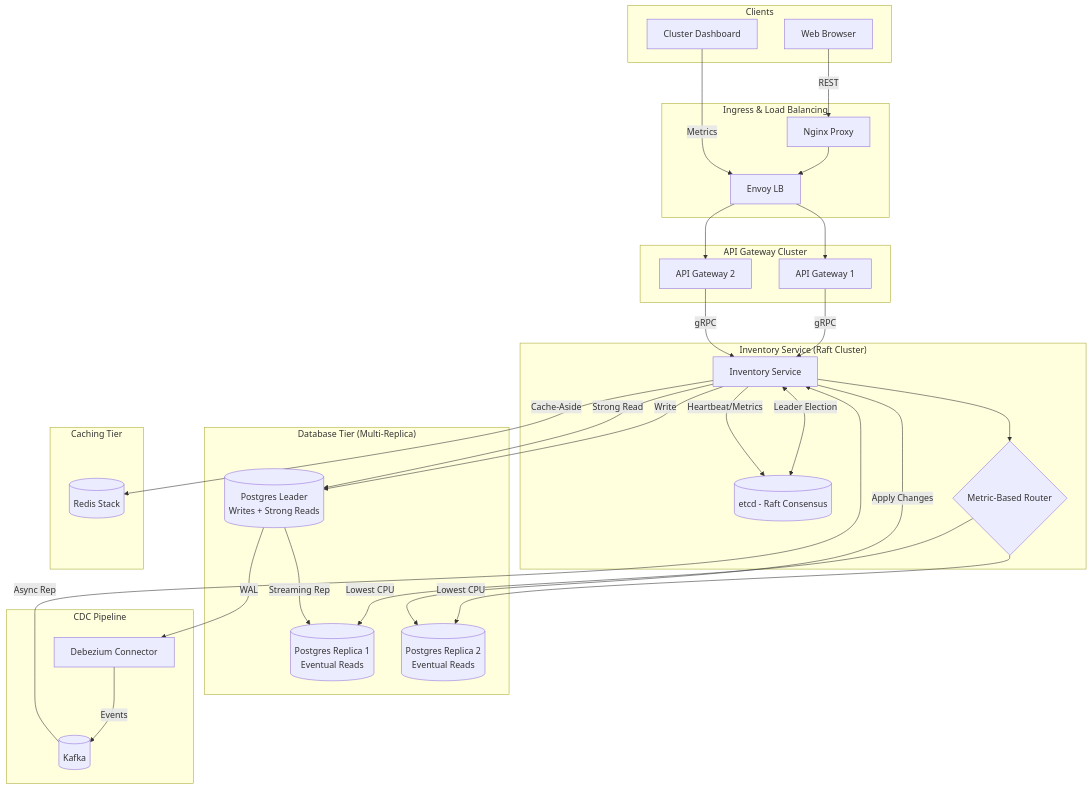
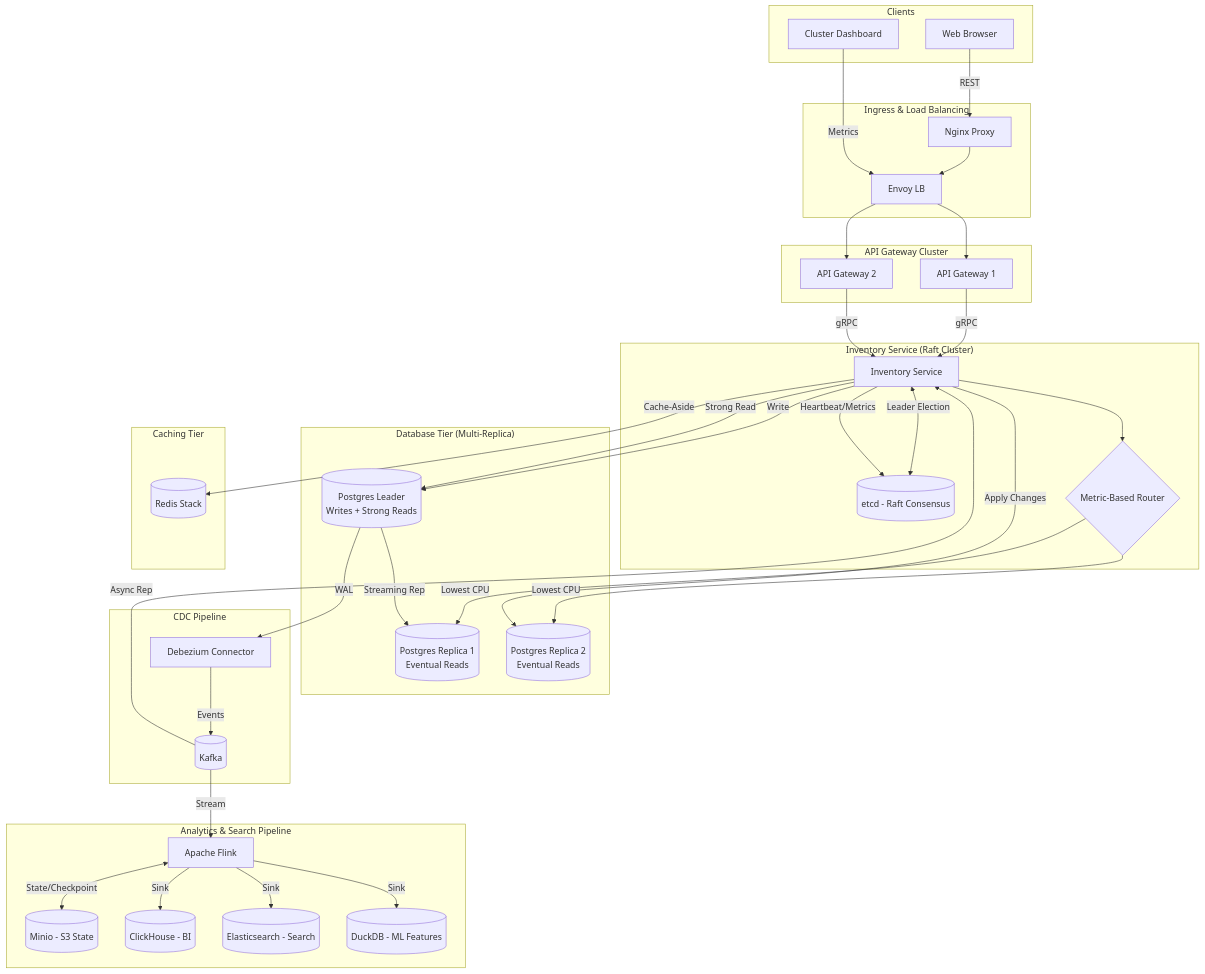
Before and after one commit to sairam0424/gRPC-micro-services: the diagram in order-processing-system/README.md, drawn with Mermaid. The commit also changed other lines of this file and 7 other files, not shown here.

Commit message:
feat: Implement Flink analytics pipeline to process order events and store data in ClickHouse, Elasticsearch, and S3.

````diff
--- a/order-processing-system/README.md
+++ b/order-processing-system/README.md
@@ -35,67 +39,82 @@
 ```mermaid
 flowchart TD
     subgraph "Clients"
         Client[Web Browser]
         Dashboard[Cluster Dashboard]
     end
 
     subgraph "Ingress & Load Balancing"
         Proxy[Nginx Proxy]
         Envoy[Envoy LB]
     end
 
     subgraph "API Gateway Cluster"
         GW1[API Gateway 1]
         GW2[API Gateway 2]
     end
 
     subgraph "Inventory Service (Raft Cluster)"
         Inventory[Inventory Service]
         ETCD[(etcd - Raft Consensus)]
         MetricsRouter{Metric-Based Router}
     end
 
     subgraph "Database Tier (Multi-Replica)"
         LeaderDB[(Postgres Leader\nWrites + Strong Reads)]
         Replica1[(Postgres Replica 1\nEventual Reads)]
         Replica2[(Postgres Replica 2\nEventual Reads)]
     end
 
     subgraph "CDC Pipeline"
         Debezium[Debezium Connector]
         Kafka[(Kafka)]
     end
 
+    subgraph "Analytics & Search Pipeline"
+        Flink[Apache Flink]
+        Minio[(Minio - S3 State)]
+        ClickHouse[(ClickHouse - BI)]
+        ES[(Elasticsearch - Search)]
+        DuckDB[(DuckDB - ML Features)]
+    end
+
     subgraph "Caching Tier"
         Redis[(Redis Stack)]
     end
 
     %% Flow
     Client -->|REST| Proxy
     Proxy --> Envoy
     Envoy --> GW1
     Envoy --> GW2
     GW1 -->|gRPC| Inventory
     GW2 -->|gRPC| Inventory
     Dashboard -->|Metrics| Envoy
     
     Inventory -->|Write| LeaderDB
     Inventory -->|Strong Read| LeaderDB
     Inventory --> MetricsRouter
     MetricsRouter -->|Lowest CPU| Replica1
     MetricsRouter -->|Lowest CPU| Replica2
 
     %% Raft & Consensus
     Inventory <-->|Leader Election| ETCD
     Inventory -->|Heartbeat/Metrics| ETCD
 
     %% Replication & CDC
     LeaderDB -->|Streaming Rep| Replica1
     LeaderDB -->|WAL| Debezium
     Debezium -->|Events| Kafka
     Kafka -->|Async Rep| Inventory
     Inventory -->|Apply Changes| Replica2
+
+    %% Analytics Flow
+    Kafka -->|Stream| Flink
+    Flink <-->|State/Checkpoint| Minio
+    Flink -->|Sink| ClickHouse
+    Flink -->|Sink| ES
+    Flink -->|Sink| DuckDB
     
     %% Caching
     Inventory -->|Cache-Aside| Redis
 ```
````
